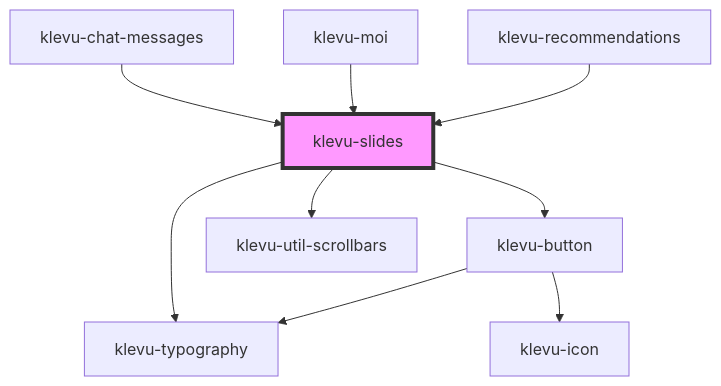
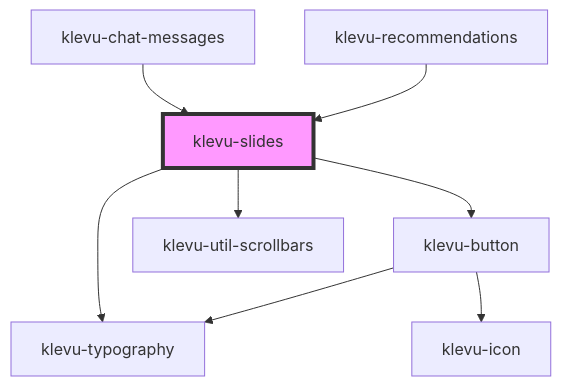
The diagram in packages/klevu-ui/src/components/klevu-slides/readme.md (klevultd/frontend-sdk), drawn with Mermaid before and after one commit. The commit also changed other lines of this file and 26 other files, not shown here.

````diff
--- a/packages/klevu-ui/src/components/klevu-slides/readme.md
+++ b/packages/klevu-ui/src/components/klevu-slides/readme.md
@@ -34,12 +33,11 @@
 ```mermaid
 graph TD;
   klevu-slides --> klevu-typography
   klevu-slides --> klevu-button
   klevu-slides --> klevu-util-scrollbars
   klevu-button --> klevu-icon
   klevu-button --> klevu-typography
   klevu-chat-messages --> klevu-slides
-  klevu-moi --> klevu-slides
   klevu-recommendations --> klevu-slides
   style klevu-slides fill:#f9f,stroke:#333,stroke-width:4px
 ```
````
